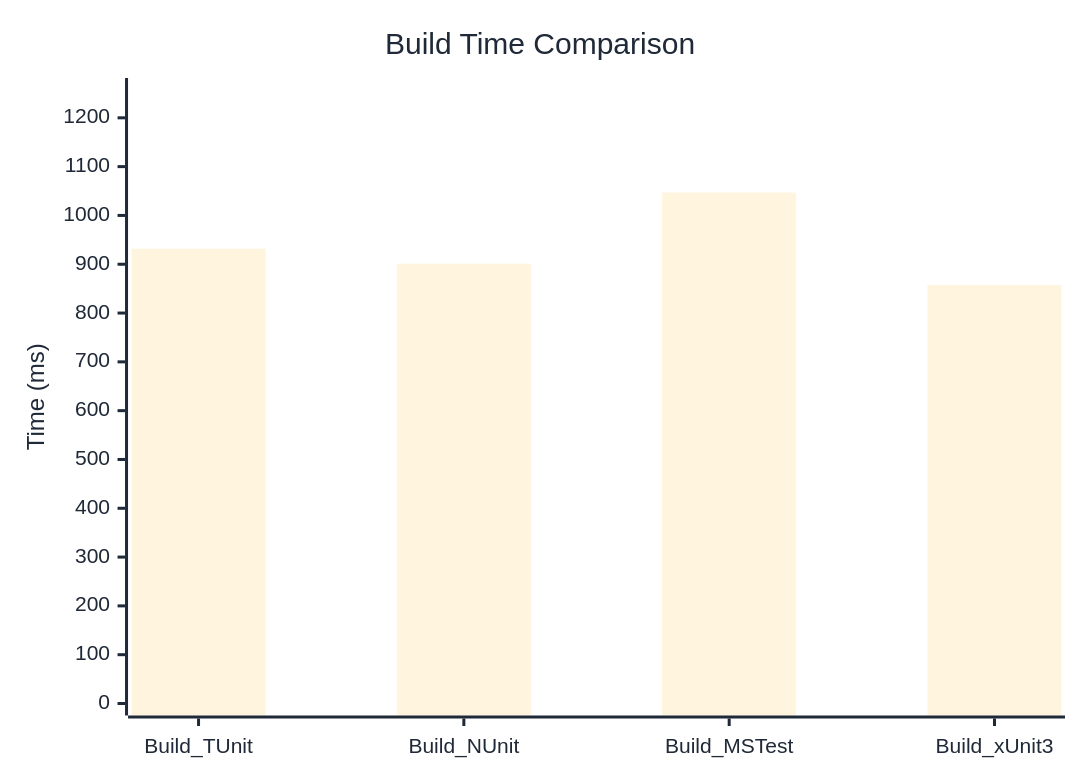
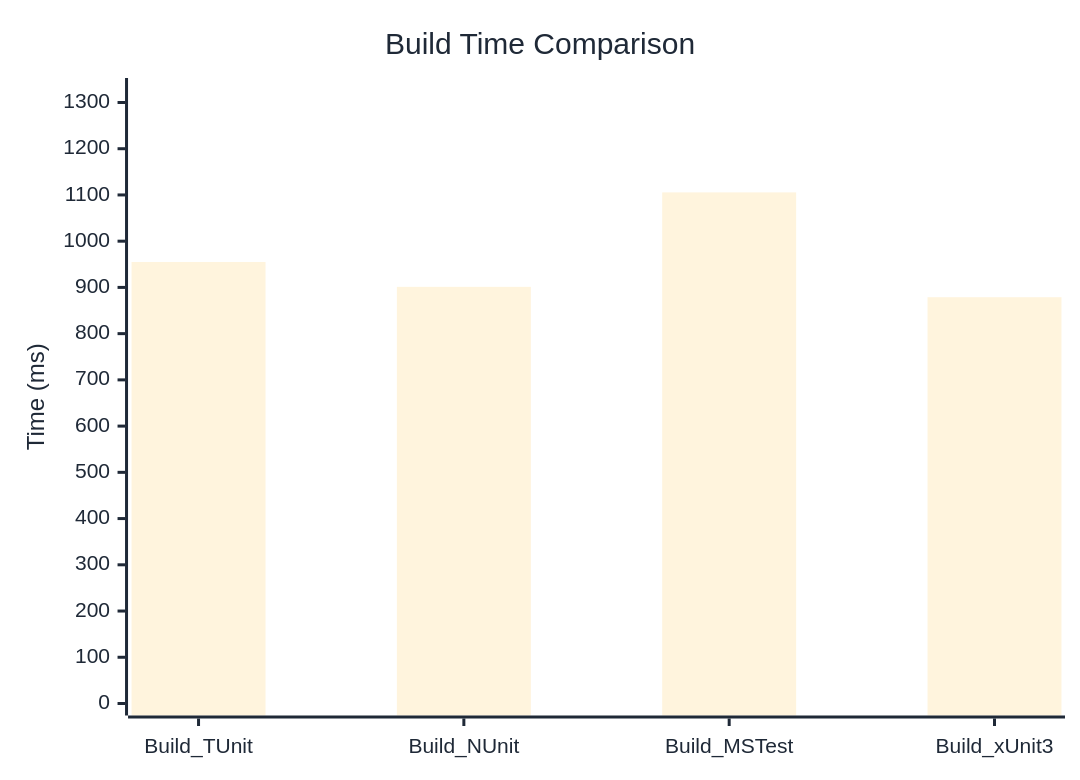
One commit to thomhurst/TUnit changed the diagram in docs/docs/benchmarks/engine/BuildTime.md. Above: the diagram before and after it, drawn with Mermaid. The commit also changed other lines of this file and 18 other files, not shown here.

````diff
--- a/docs/docs/benchmarks/engine/BuildTime.md
+++ b/docs/docs/benchmarks/engine/BuildTime.md
@@ -30,37 +30,37 @@
 ```mermaid
 %%{init: {
   'theme':'base',
   'themeVariables': {
     'primaryColor': '#2563eb',
     'primaryTextColor': '#1f2937',
     'primaryBorderColor': '#1e40af',
     'lineColor': '#6b7280',
     'secondaryColor': '#7c3aed',
     'tertiaryColor': '#dc2626',
     'background': '#ffffff',
     'mainBkg': '#2563eb',
     'secondBkg': '#7c3aed',
     'tertiaryBkg': '#dc2626',
     'clusterBkg': '#f3f4f6',
     'edgeLabelBackground': '#ffffff',
     'tertiaryTextColor': '#1f2937',
     'pie1': '#2563eb',
     'pie2': '#7c3aed',
     'pie3': '#dc2626',
     'pie4': '#f59e0b',
     'pie5': '#10b981',
     'pie6': '#06b6d4',
     'pie7': '#ec4899',
     'pie8': '#6366f1',
     'pie9': '#84cc16',
     'pie10': '#f97316',
     'pie11': '#14b8a6',
     'pie12': '#a855f7'
   }
 }}%%
 xychart-beta
   title "Build Time Comparison"
   x-axis ["Build_TUnit", "Build_NUnit", "Build_MSTest", "Build_xUnit3"]
-  y-axis "Time (ms)" 0 --> 1257
-  bar [931.9, 901.1, 1046.9, 857.4]
+  y-axis "Time (ms)" 0 --> 1327
+  bar [955, 901.2, 1105.5, 878.8]
 ```
````
